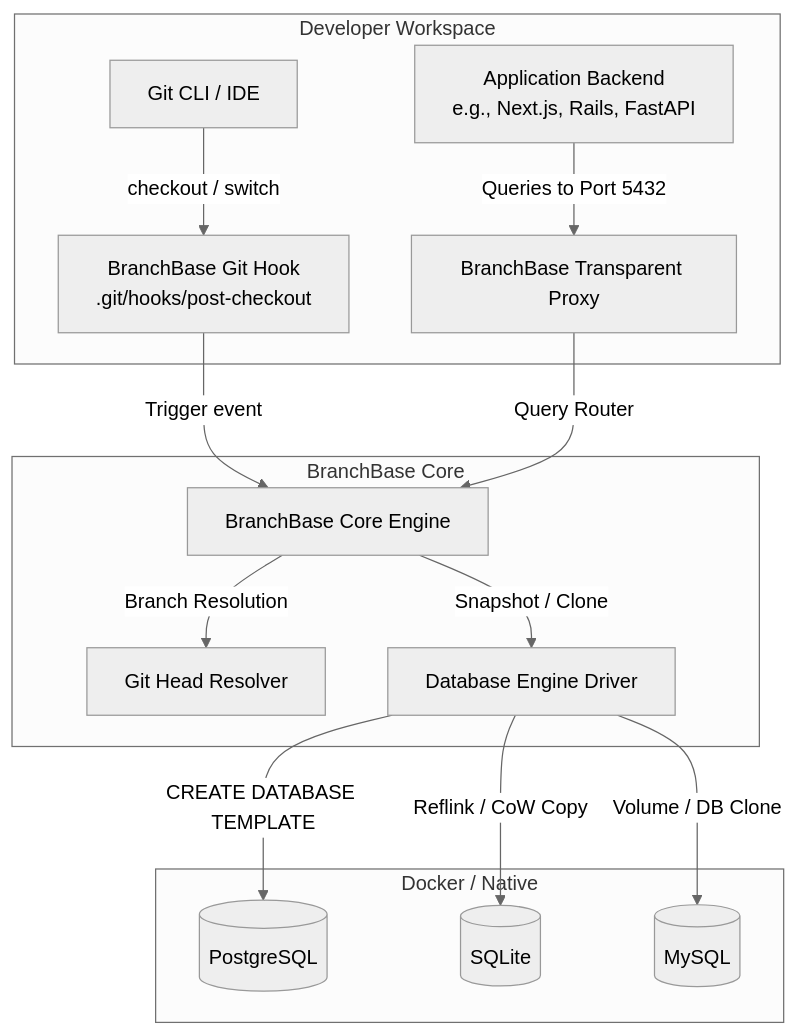
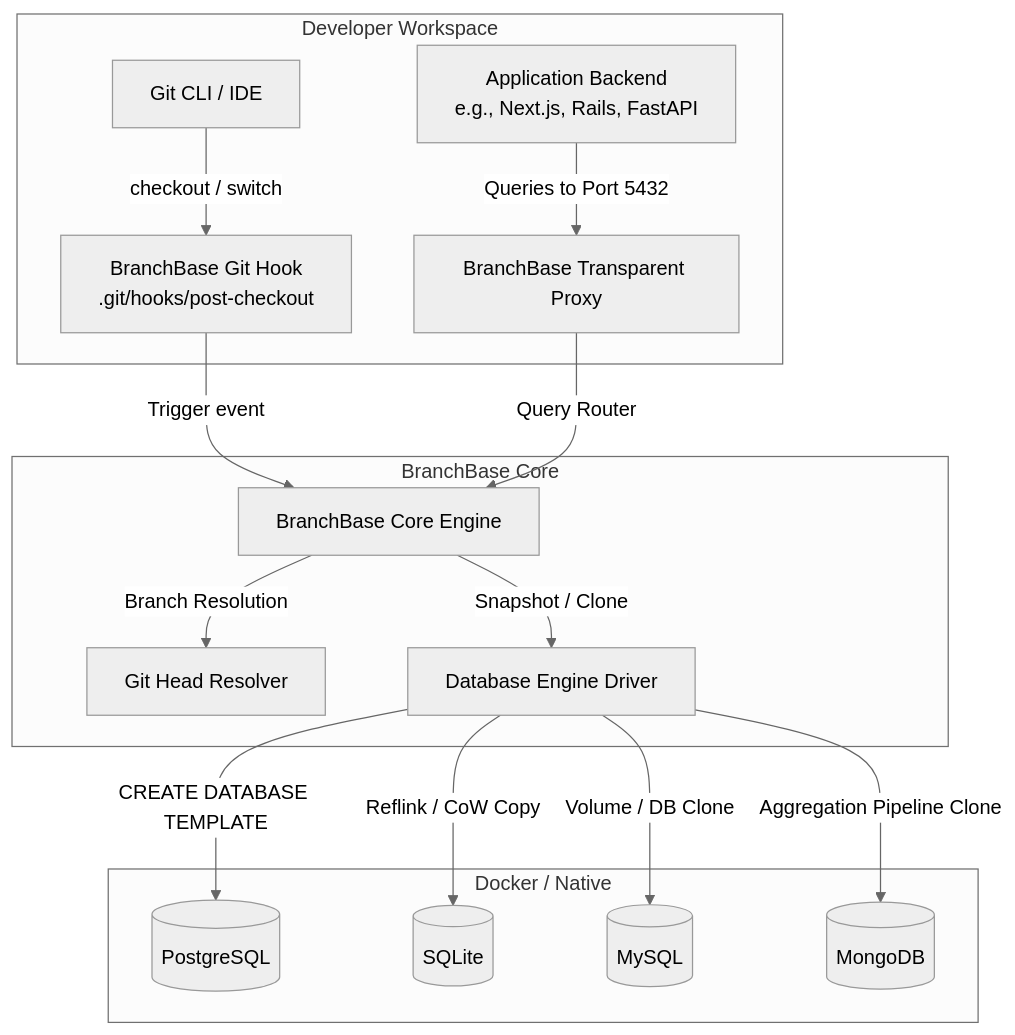
The first of 2 diagrams in ARCHITECTURE.md (oscarbol09/branchbase), drawn with Mermaid (neutral theme) before and after one commit. The commit also changed other lines of this file and 2 other files, not shown here.

Commit message:
docs: add MongoDB implementation and testing guide to documentation

````diff
--- a/ARCHITECTURE.md
+++ b/ARCHITECTURE.md
@@ -11,20 +11,21 @@
 ```mermaid
 graph TD
     subgraph Developer Workspace
         Git[Git CLI / IDE] -->|checkout / switch| GitHook[BranchBase Git Hook\n.git/hooks/post-checkout]
         App[Application Backend\ne.g., Next.js, Rails, FastAPI] -->|Queries to Port 5432| Proxy[BranchBase Transparent Proxy]
     end
 
     subgraph BranchBase Core
         GitHook -->|Trigger event| CoreDaemon[BranchBase Core Engine]
         Proxy -->|Query Router| CoreDaemon
         CoreDaemon -->|Branch Resolution| GitResolver[Git Head Resolver]
         CoreDaemon -->|Snapshot / Clone| DBDriver[Database Engine Driver]
     end
 
     subgraph Database Layer [Docker / Native]
         DBDriver -->|CREATE DATABASE TEMPLATE| PG[(PostgreSQL)]
         DBDriver -->|Reflink / CoW Copy| SQLite[(SQLite)]
         DBDriver -->|Volume / DB Clone| MySQL[(MySQL)]
+        DBDriver -->|Aggregation Pipeline Clone| MongoDB[(MongoDB)]
     end
 ```
````
